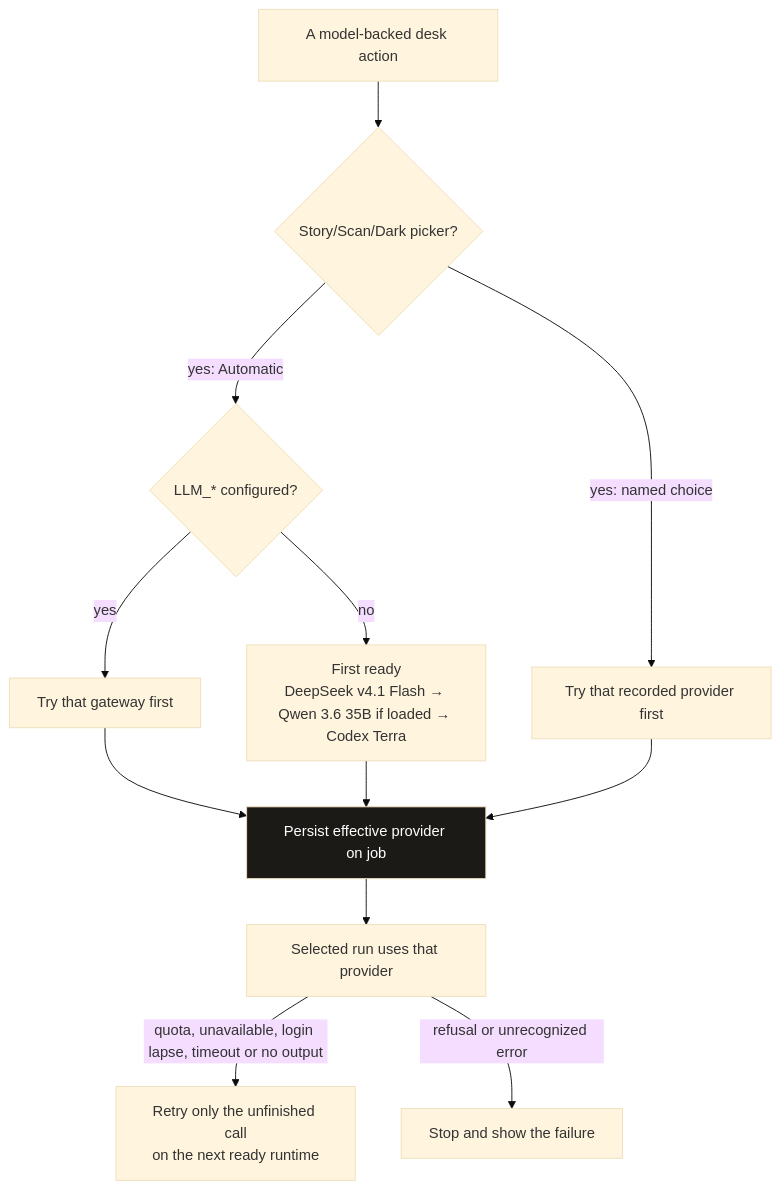
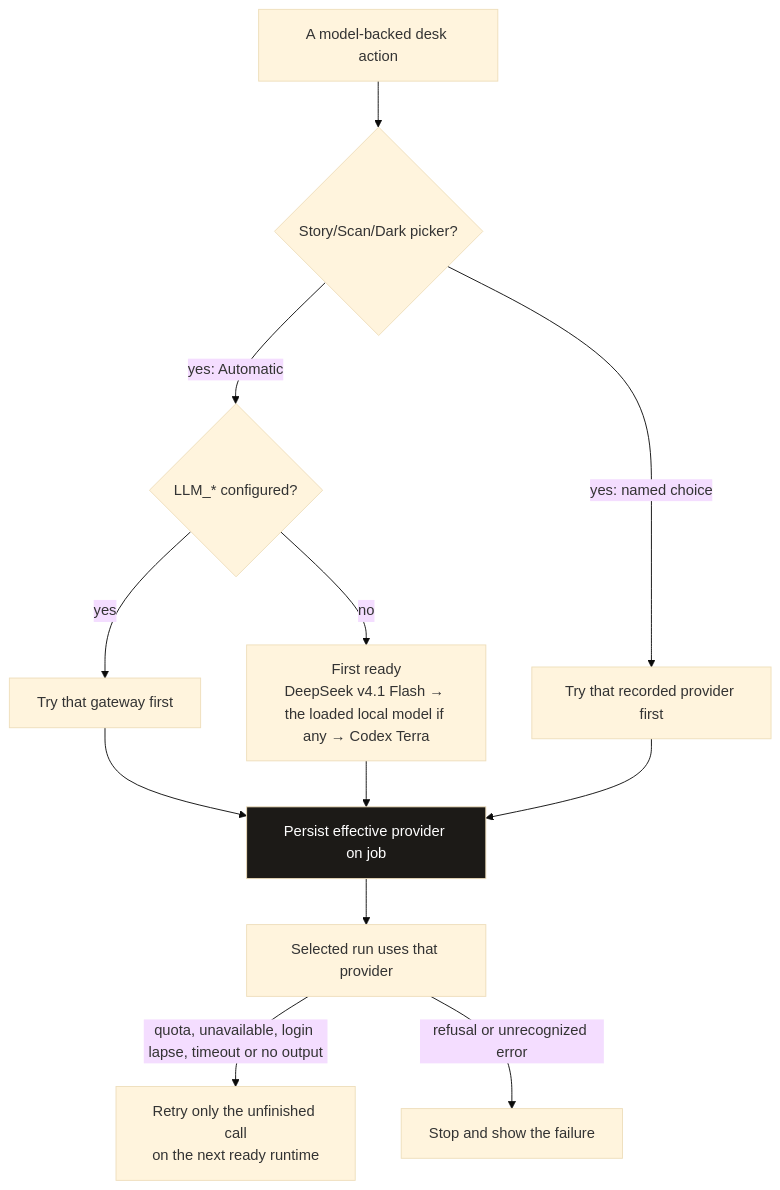
One commit to scottconverse/TownReporter changed the eighth of 9 diagrams in docs/manual.md. Above: the diagram before and after it, drawn with Mermaid (base theme). The commit also changed other lines of this file and 38 other files, not shown here.

````diff
--- a/docs/manual.md
+++ b/docs/manual.md
@@ -1134,16 +1134,16 @@
 ```mermaid
 flowchart TB
     CALL["A model-backed desk action"] --> KIND{"Story/Scan/Dark picker?"}
     KIND -->|yes: Automatic| Q1{"LLM_* configured?"}
     Q1 -->|yes| OAI["Try that gateway first"]
-    Q1 -->|no| READY["First ready<br/>DeepSeek v4.1 Flash → Qwen 3.6 35B if loaded → Codex Terra"]
+    Q1 -->|no| READY["First ready<br/>DeepSeek v4.1 Flash → the loaded local model if any → Codex Terra"]
     KIND -->|yes: named choice| ONE["Try that recorded provider first"]
     OAI --> SAVE["Persist effective provider on job"]
     READY --> SAVE
     ONE --> SAVE
     SAVE --> RUN["Selected run uses that provider"]
     RUN -->|quota, unavailable, login lapse, timeout or no output| NEXT["Retry only the unfinished call<br/>on the next ready runtime"]
     RUN -->|refusal or unrecognized error| SAME["Stop and show the failure"]
 
     style SAVE fill:#1c1a17,color:#fff
 ```
````
